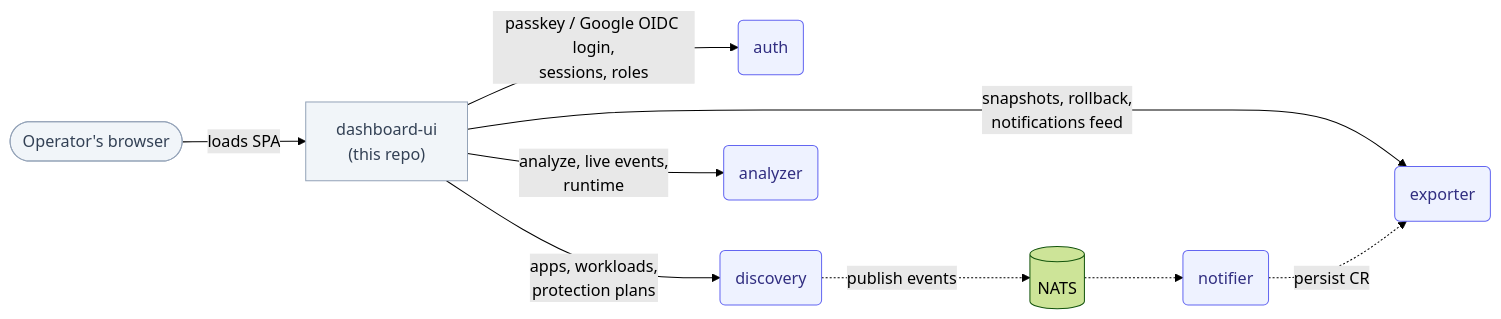
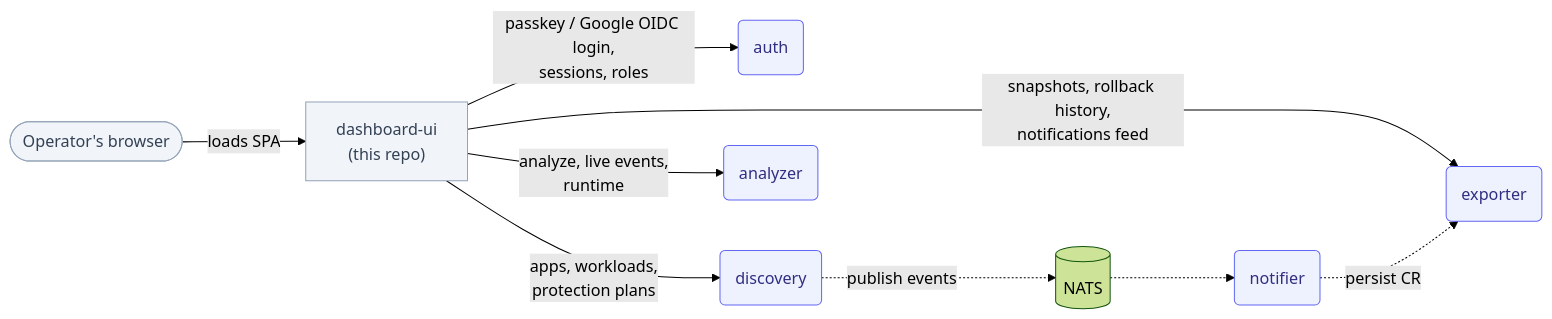
Before and after one commit to telark/dashboard-ui: the diagram in README.md, drawn with Mermaid (forest theme). The commit also changed other lines of this file and 293 other files, not shown here.

`````diff
--- a/README.md
+++ b/README.md
@@ -32,21 +32,21 @@
 ```mermaid
 flowchart LR
 
   Browser(["Operator's browser"]) -->|loads SPA| UI["dashboard-ui<br/>(this repo)"]
 
   UI -->|passkey / Google OIDC login,<br/>sessions, roles| AUTH(auth)
 
   UI -->|apps, workloads,<br/>protection plans| DISC(discovery)
 
-  UI -->|snapshots, rollback,<br/>notifications feed| EXP(exporter)
+  UI -->|snapshots, rollback history,<br/>notifications feed| EXP(exporter)
 
   UI -->|analyze, live events,<br/>runtime| ANL(analyzer)
 
   DISC -.->|publish events| NATS[(NATS)] -.-> NTF(notifier) -.->|persist CR| EXP
 
   classDef svc fill:#eef2ff,stroke:#6366f1,color:#312e81;
   classDef peer fill:#f1f5f9,stroke:#94a3b8,color:#334155;
 
   class AUTH,DISC,EXP,ANL,NTF svc;
   class Browser,UI peer;
-````
+```
`````
